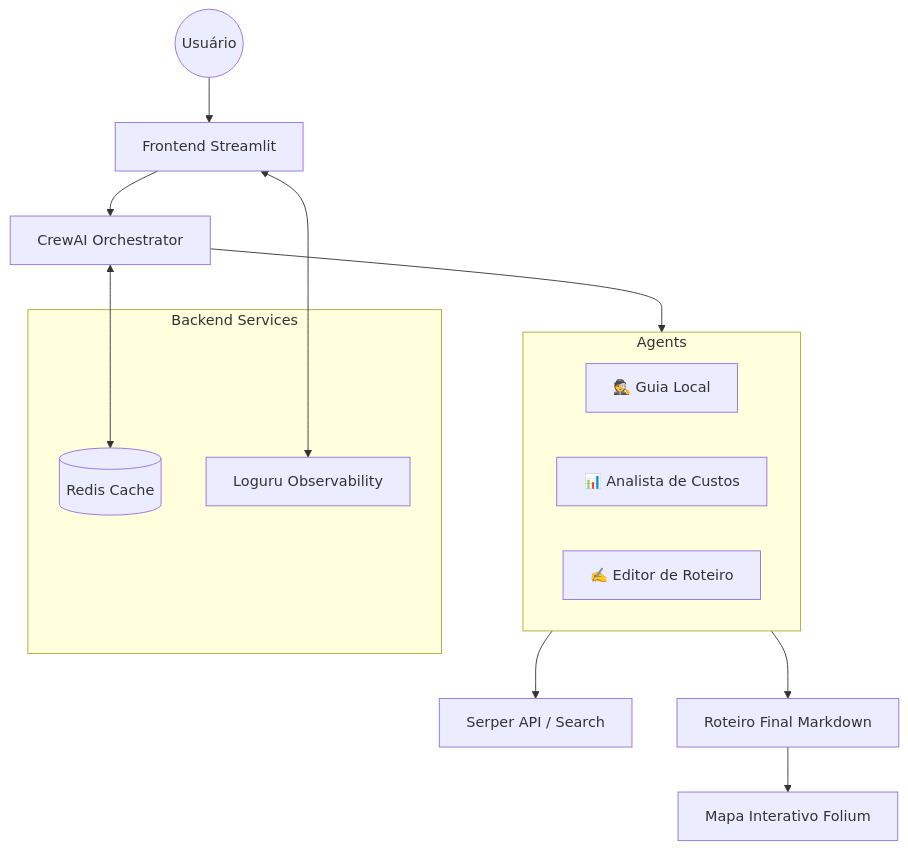
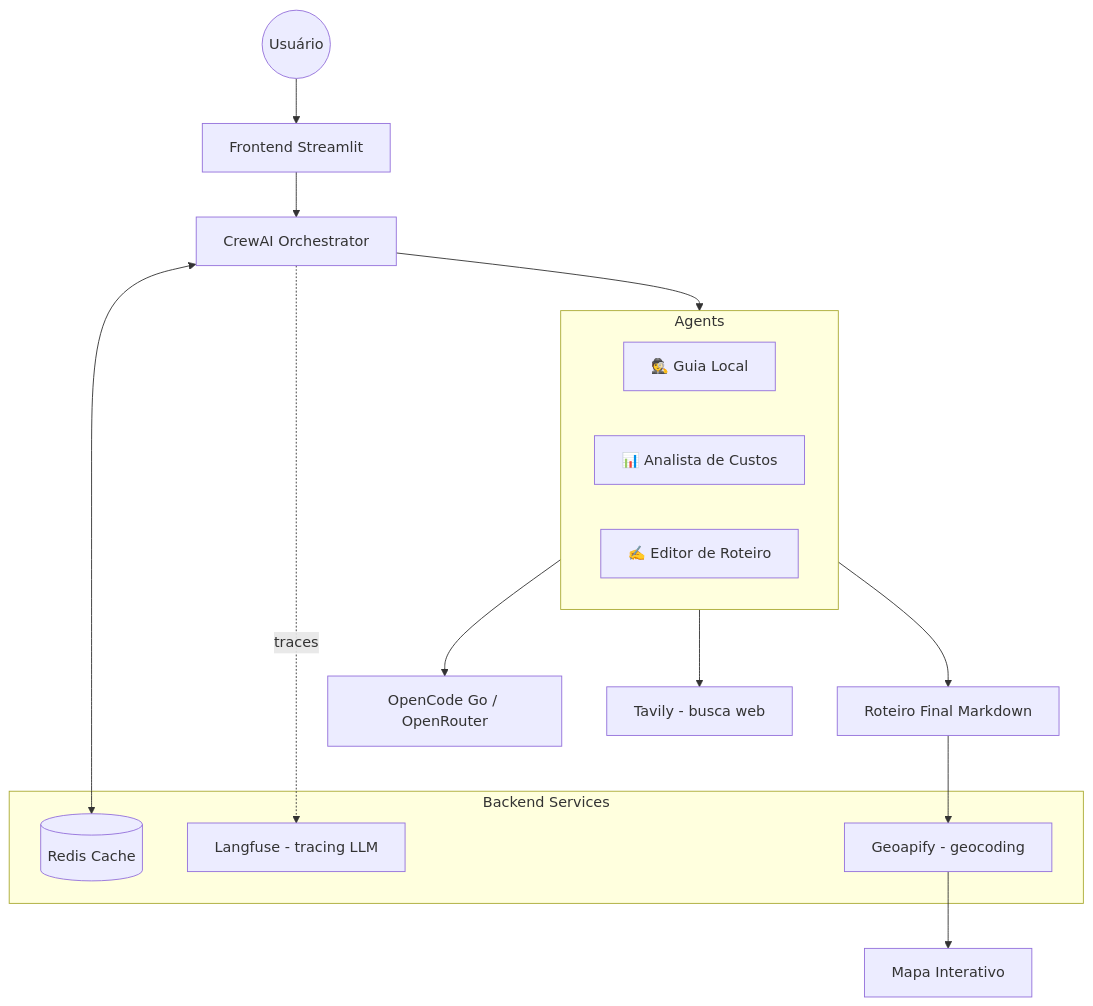
One commit to henriquebotelhogomes/agencia_viagens_ia changed the diagram in README.md. Above: the diagram before and after it, drawn with Mermaid. The commit also changed other lines of this file and 83 other files, not shown here.

````diff
--- a/README.md
+++ b/README.md
@@ -22,25 +35,28 @@
 ```mermaid
 graph TD
     User((Usuário)) --> Streamlit[Frontend Streamlit]
     Streamlit --> Crew[CrewAI Orchestrator]
-    
+
     subgraph Agents
         A1[🕵️ Guia Local]
         A2[📊 Analista de Custos]
         A3[✍️ Editor de Roteiro]
     end
-    
+
     Crew --> Agents
-    Agents --> Tools[Serper API / Search]
-    
+    Agents --> LLM[OpenCode Go / OpenRouter]
+    Agents --> Tools[Tavily - busca web]
+
     subgraph Backend Services
         Redis[(Redis Cache)]
-        Loguru[Loguru Observability]
+        Geo[Geoapify - geocoding]
+        LF[Langfuse - tracing LLM]
     end
-    
+
     Crew <--> Redis
-    Streamlit <--> Loguru
-    
+    Crew -.traces.-> LF
+
     Agents --> Output[Roteiro Final Markdown]
-    Output --> Map[Mapa Interativo Folium]
+    Output --> Geo
+    Geo --> Map[Mapa Interativo]
 ```
````
